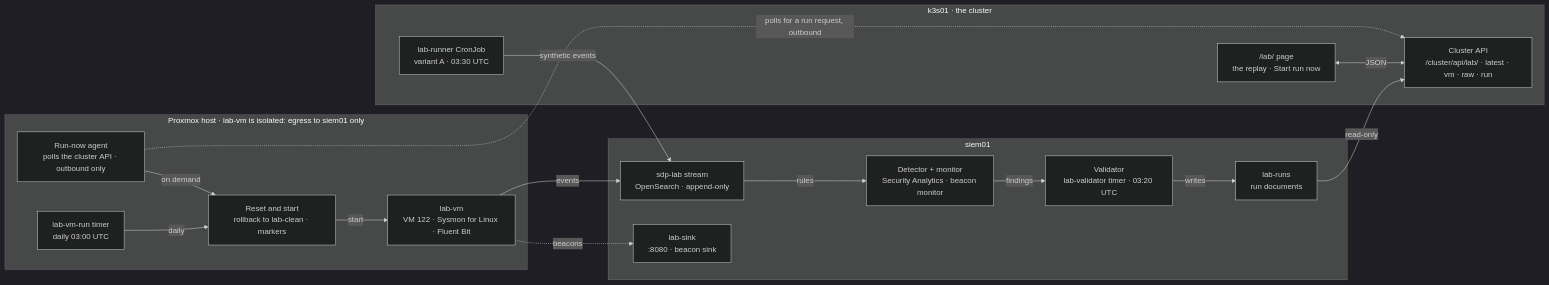
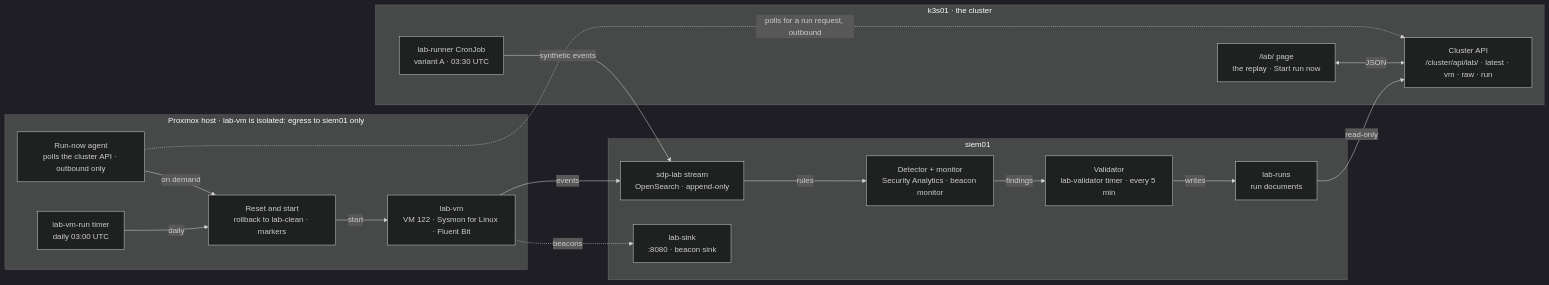
The diagram in README.md (HubertMJ/detection-lab), drawn with Mermaid (dark theme) before and after one commit. The commit also changed 1 other file, not shown here.

Commit message:
lab diagram: the validator timer runs every 5 minutes
It validates each VM run once, so an on-demand run shows within minutes;
the label and the description say so, and the README's mermaid is
regenerated.

````diff
--- a/README.md
+++ b/README.md
@@ -27,33 +27,33 @@
 ```mermaid
 flowchart LR
     subgraph k3s["k3s01 · the cluster"]
         runner["lab-runner CronJob<br/>variant A · 03:30 UTC"]
         page["/lab/ page<br/>the replay · Start run now"]
         api["Cluster API<br/>/cluster/api/lab/ · latest · vm · raw · run"]
     end
     subgraph pve["Proxmox host · lab-vm is isolated: egress to siem01 only"]
         timer["lab-vm-run timer<br/>daily 03:00 UTC"]
         agent["Run-now agent<br/>polls the cluster API · outbound only"]
         reset["Reset and start<br/>rollback to lab-clean · markers"]
         vm["lab-vm<br/>VM 122 · Sysmon for Linux · Fluent Bit"]
     end
     subgraph siem["siem01"]
         stream["sdp-lab stream<br/>OpenSearch · append-only"]
         sink["lab-sink<br/>:8080 · beacon sink"]
         detector["Detector + monitor<br/>Security Analytics · beacon monitor"]
-        validator["Validator<br/>lab-validator timer · 03:20 UTC"]
+        validator["Validator<br/>lab-validator timer · every 5 min"]
         runs["lab-runs<br/>run documents"]
     end
     timer -- "daily" --> reset
     agent -- "on demand" --> reset
     reset -- "start" --> vm
     vm -- "events" --> stream
     vm -. "beacons" .-> sink
     runner -- "synthetic events" --> stream
     stream -- "rules" --> detector
     detector -- "findings" --> validator
     validator -- "writes" --> runs
     runs -- "read-only" --> api
     page <-- "JSON" --> api
     agent -. "polls for a run request, outbound" .-> api
 ```
````
